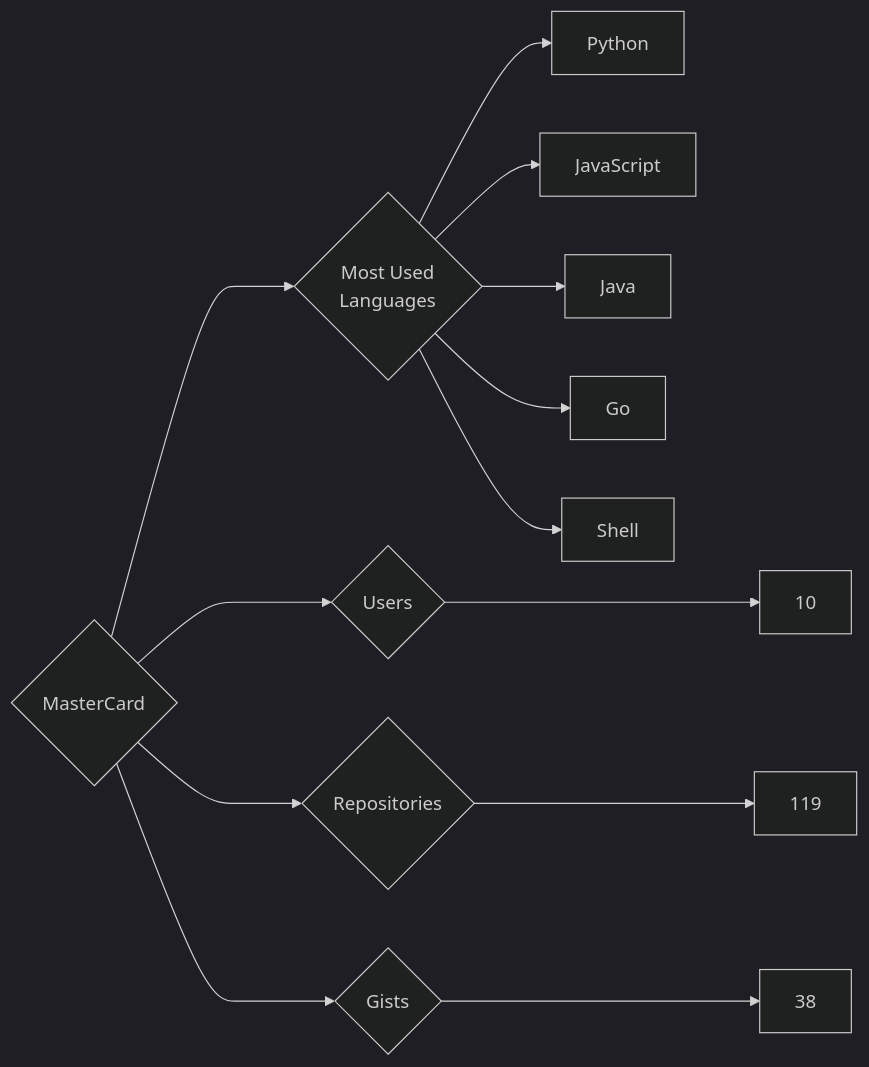
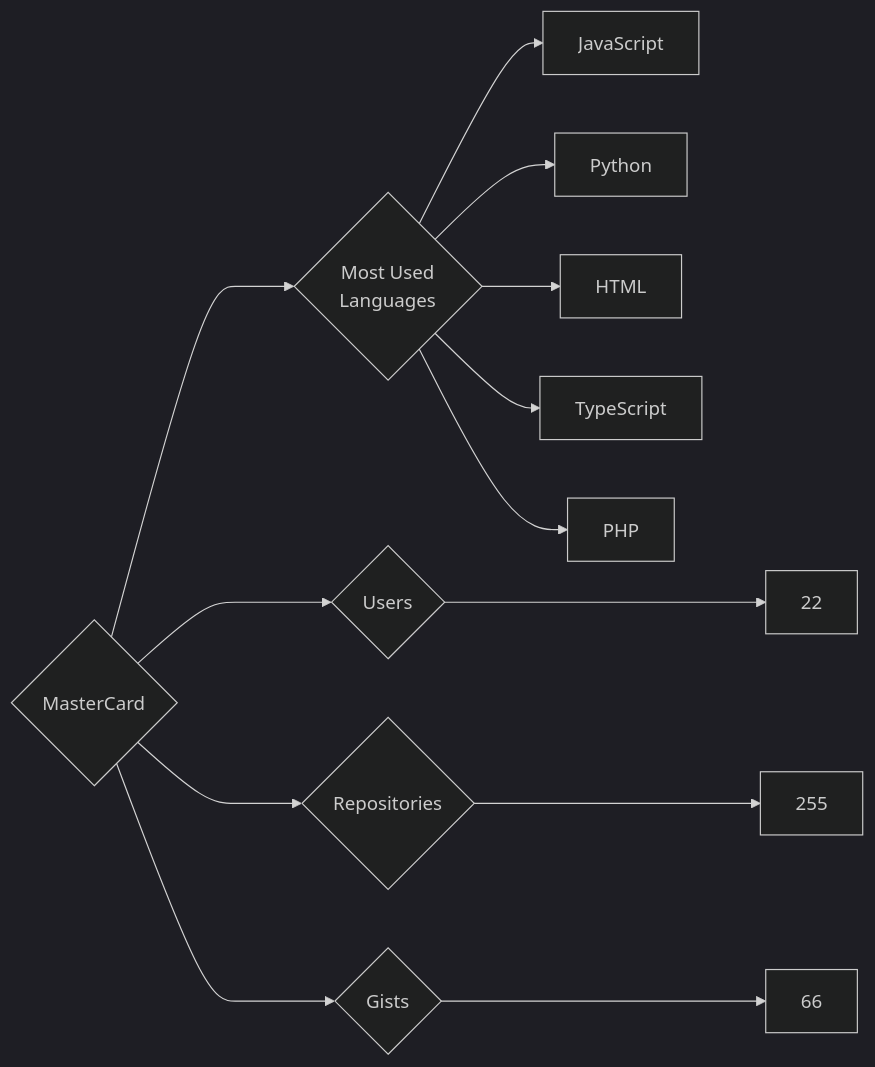
One commit to trickest/insiders changed the diagram in targets/MasterCard/README.md. Above: the diagram before and after it, drawn with Mermaid (dark theme). The commit also changed 773 other files, not shown here.

````diff
--- a/targets/MasterCard/README.md
+++ b/targets/MasterCard/README.md
@@ -3,13 +3,13 @@
 ```mermaid
 graph LR
 COMPANY_NAME{MasterCard}
-COMPANY_NAME ---> U{Users} ---> UN[10]
-COMPANY_NAME ---> R{Repositories} ---> RN[119]
-COMPANY_NAME ---> G{Gists} ---> GN[38]
+COMPANY_NAME ---> U{Users} ---> UN[22]
+COMPANY_NAME ---> R{Repositories} ---> RN[255]
+COMPANY_NAME ---> G{Gists} ---> GN[66]
 COMPANY_NAME ---> ML{Most Used<br>Languages}
+ML --> JavaScript[JavaScript]
 ML --> Python[Python]
-ML --> JavaScript[JavaScript]
-ML --> Java[Java]
-ML --> Go[Go]
-ML --> Shell[Shell]
+ML --> HTML[HTML]
+ML --> TypeScript[TypeScript]
+ML --> PHP[PHP]
 ```
````
